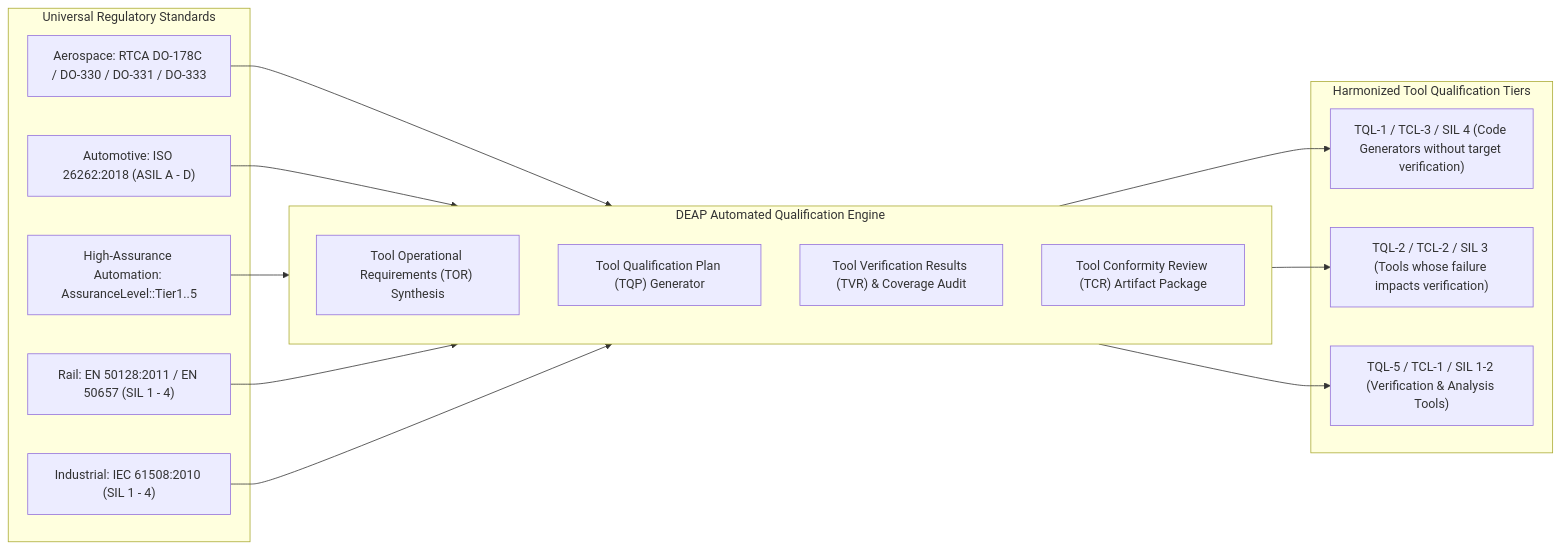
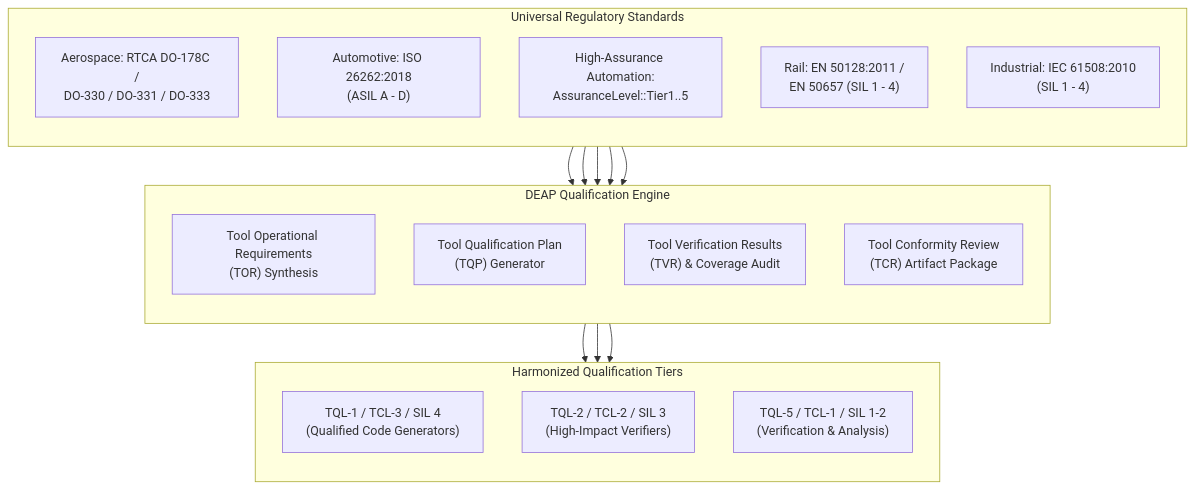
One commit to gintatkinson/DEAP01-spec-core changed the ninth of 10 diagrams in docs/architecture/blueprints/DEAP_MULTI_TOOLCHAIN_SYNTHESIS_ARCHITECTURE.md. Above: the diagram before and after it, drawn with Mermaid. The commit also changed other lines of this file and 28 other files, not shown here.

````diff
--- a/docs/architecture/blueprints/DEAP_MULTI_TOOLCHAIN_SYNTHESIS_ARCHITECTURE.md
+++ b/docs/architecture/blueprints/DEAP_MULTI_TOOLCHAIN_SYNTHESIS_ARCHITECTURE.md
@@ -753,33 +782,36 @@
 ```mermaid
-flowchart LR
+flowchart TD
     subgraph Regulatory_Domains ["Universal Regulatory Standards"]
-        Aero["Aerospace: RTCA DO-178C / DO-330 / DO-331 / DO-333"]
-        Auto["Automotive: ISO 26262:2018 (ASIL A - D)"]
-        Med["High-Assurance Automation: AssuranceLevel::Tier1..5"]
-        Rail["Rail: EN 50128:2011 / EN 50657 (SIL 1 - 4)"]
-        Ind["Industrial: IEC 61508:2010 (SIL 1 - 4)"]
+        direction TB
+        Aero["Aerospace: RTCA DO-178C /<br/>DO-330 / DO-331 / DO-333"]
+        Auto["Automotive: ISO 26262:2018<br/>(ASIL A - D)"]
+        Med["High-Assurance Automation:<br/>AssuranceLevel::Tier1..5"]
+        Rail["Rail: EN 50128:2011 /<br/>EN 50657 (SIL 1 - 4)"]
+        Ind["Industrial: IEC 61508:2010<br/>(SIL 1 - 4)"]
     end
 
-    subgraph DEAP_Qual_Engine ["DEAP Automated Qualification Engine"]
-        TOR["Tool Operational Requirements (TOR) Synthesis"]
-        TQP["Tool Qualification Plan (TQP) Generator"]
-        TVR["Tool Verification Results (TVR) & Coverage Audit"]
-        TCR["Tool Conformity Review (TCR) Artifact Package"]
+    subgraph DEAP_Qual_Engine ["DEAP Qualification Engine"]
+        direction TB
+        TOR["Tool Operational Requirements<br/>(TOR) Synthesis"]
+        TQP["Tool Qualification Plan<br/>(TQP) Generator"]
+        TVR["Tool Verification Results<br/>(TVR) & Coverage Audit"]
+        TCR["Tool Conformity Review<br/>(TCR) Artifact Package"]
     end
 
-    subgraph Qualification_Levels ["Harmonized Tool Qualification Tiers"]
-        TQL1["TQL-1 / TCL-3 / SIL 4 (Code Generators without target verification)"]
-        TQL2["TQL-2 / TCL-2 / SIL 3 (Tools whose failure impacts verification)"]
-        TQL5["TQL-5 / TCL-1 / SIL 1-2 (Verification & Analysis Tools)"]
+    subgraph Qualification_Levels ["Harmonized Qualification Tiers"]
+        direction TB
+        TQL1["TQL-1 / TCL-3 / SIL 4<br/>(Qualified Code Generators)"]
+        TQL2["TQL-2 / TCL-2 / SIL 3<br/>(High-Impact Verifiers)"]
+        TQL5["TQL-5 / TCL-1 / SIL 1-2<br/>(Verification & Analysis)"]
     end
 
     Aero --> DEAP_Qual_Engine
     Auto --> DEAP_Qual_Engine
     Med --> DEAP_Qual_Engine
     Rail --> DEAP_Qual_Engine
     Ind --> DEAP_Qual_Engine
 
     DEAP_Qual_Engine --> TQL1
     DEAP_Qual_Engine --> TQL2
     DEAP_Qual_Engine --> TQL5
 ```
````
